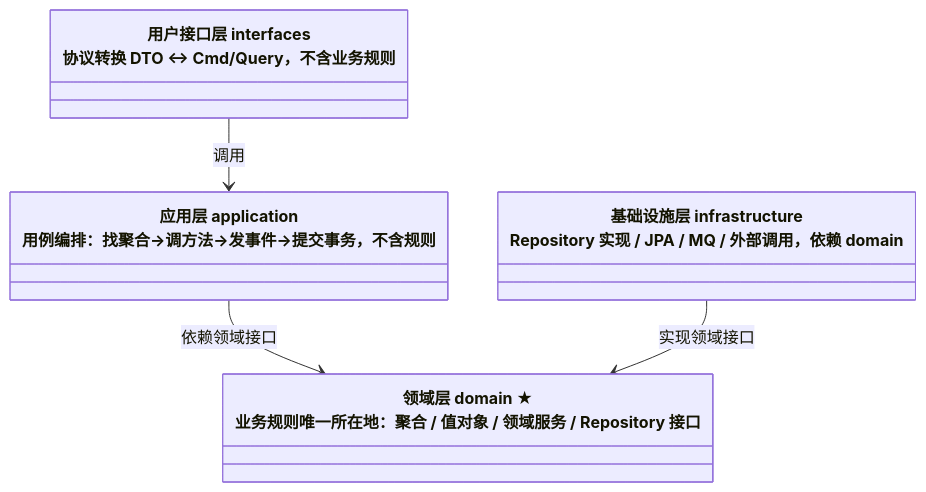
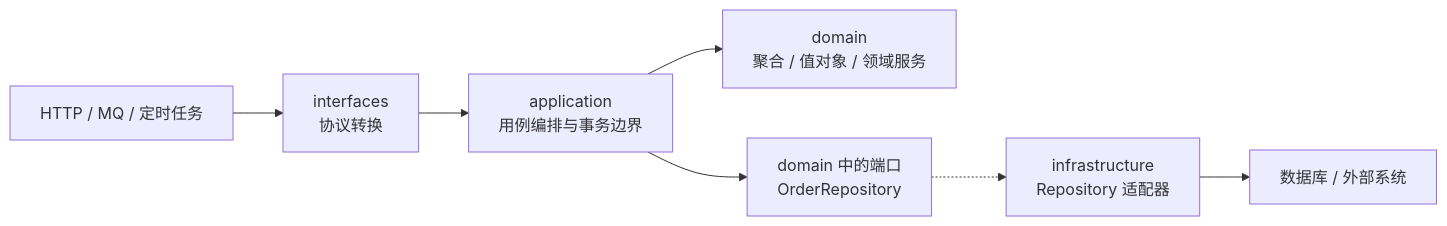
The fifth of 7 diagrams in docs/04-阶段四-微服务架构与分布式系统/04-DDD领域驱动设计.md (CrazyForks/java-full-stack), drawn with Mermaid before and after one commit. The commit also changed other lines of this file and 58 other files, not shown here.

````diff
--- a/docs/04-阶段四-微服务架构与分布式系统/04-DDD领域驱动设计.md
+++ b/docs/04-阶段四-微服务架构与分布式系统/04-DDD领域驱动设计.md
@@ -395,11 +414,9 @@
 ```mermaid
-classDiagram
-    direction TB
-    class U["用户接口层 interfaces<br/>协议转换 DTO ↔ Cmd/Query，不含业务规则"]
-    class A["应用层 application<br/>用例编排：找聚合→调方法→发事件→提交事务，不含规则"]
-    class D["领域层 domain ★<br/>业务规则唯一所在地：聚合 / 值对象 / 领域服务 / Repository 接口"]
-    class I["基础设施层 infrastructure<br/>Repository 实现 / JPA / MQ / 外部调用，依赖 domain"]
-    U --> A : 调用
-    A --> D : 依赖领域接口
-    I --> D : 实现领域接口
+graph LR
+    Client["HTTP / MQ / 定时任务"] --> UI["interfaces<br/>协议转换"]
+    UI --> App["application<br/>用例编排与事务边界"]
+    App --> Model["domain<br/>聚合 / 值对象 / 领域服务"]
+    App --> Port["domain 中的端口<br/>OrderRepository"]
+    Port -.-> Adapter["infrastructure<br/>Repository 适配器"]
+    Adapter --> DB["数据库 / 外部系统"]
 ```
````
